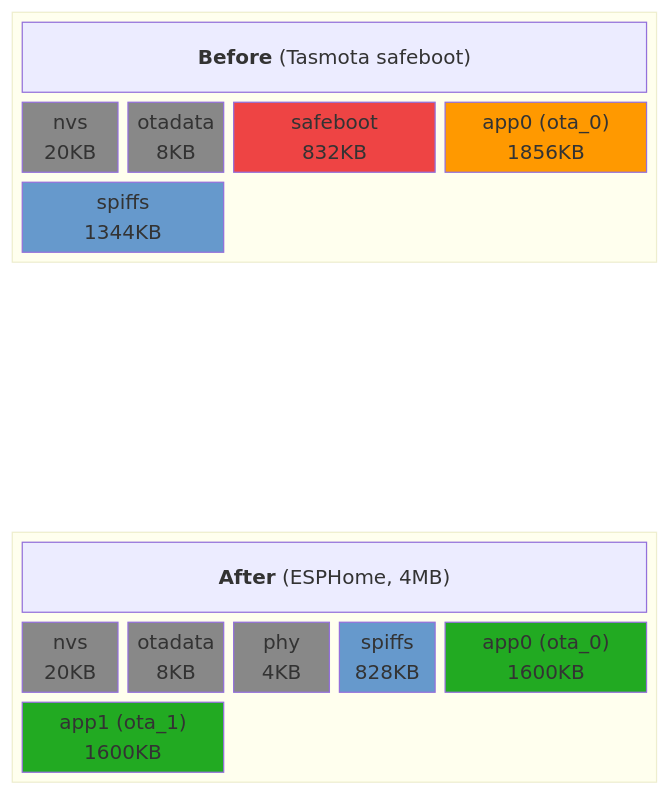
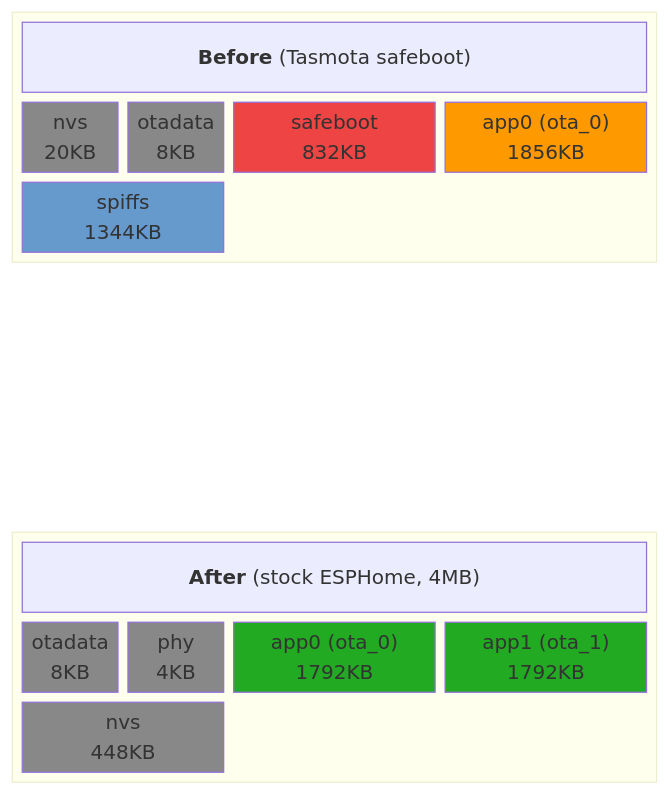
One commit to elohmeier/tasmota-migrate changed the second of 2 diagrams in README.md. Above: the diagram before and after it, drawn with Mermaid. The commit also changed other lines of this file and 4 other files, not shown here.

First line of the commit message:
Migrate to stock ESPHome partition layout via self-copy

````diff
--- a/README.md
+++ b/README.md
@@ -126,45 +125,41 @@
 ```mermaid
 block-beta
   columns 6
 
   block:before:6
     columns 6
     bh["<b>Before</b> (Tasmota safeboot)"]:6
     bnvs["nvs\n20KB"]
     bota["otadata\n8KB"]
     bsafe["safeboot\n832KB"]:2
     bapp0["app0 (ota_0)\n1856KB"]:2
     bspiffs["spiffs\n1344KB"]:2
     bpad1[" "]:4
   end
 
   space:6
 
   block:after:6
     columns 6
-    ah["<b>After</b> (ESPHome, 4MB)"]:6
-    anvs["nvs\n20KB"]
+    ah["<b>After</b> (stock ESPHome, 4MB)"]:6
     aota["otadata\n8KB"]
     aphy["phy\n4KB"]
-    aspiffs["spiffs\n828KB"]
-    aapp0["app0 (ota_0)\n1600KB"]:2
-    aapp1["app1 (ota_1)\n1600KB"]:2
-    apad1[" "]:2
+    aapp0["app0 (ota_0)\n1792KB"]:2
+    aapp1["app1 (ota_1)\n1792KB"]:2
+    anvs["nvs\n448KB"]:2
   end
 
   style bsafe fill:#e44,color:#fff
   style bapp0 fill:#f90,color:#fff
   style bspiffs fill:#69c,color:#fff
   style bnvs fill:#888,color:#fff
   style bota fill:#888,color:#fff
 
   style aapp0 fill:#2a2,color:#fff
   style aapp1 fill:#2a2,color:#fff
-  style aspiffs fill:#69c,color:#fff
   style anvs fill:#888,color:#fff
   style aota fill:#888,color:#fff
   style aphy fill:#888,color:#fff
 
   style bpad1 fill:none,stroke:none
-  style apad1 fill:none,stroke:none
 ```
````
